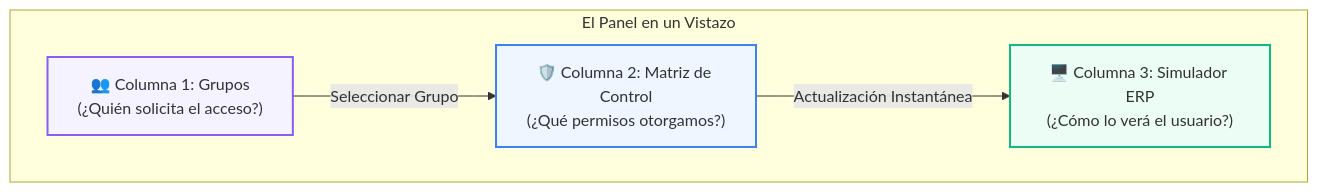
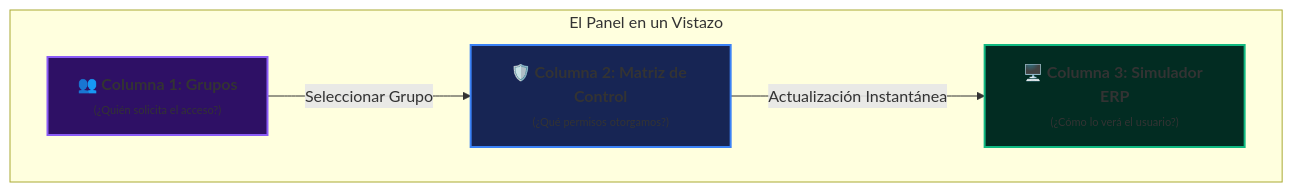
The first of 2 diagrams in data/1. Principales/Diagramas/002_SPA_Modulos_Permisos.md (arturomiranda/ds-qs), drawn with Mermaid before and after one commit.

Commit message:
correccion de colores del el diagrama

````diff
--- a/data/1. Principales/Diagramas/002_SPA_Modulos_Permisos.md
+++ b/data/1. Principales/Diagramas/002_SPA_Modulos_Permisos.md
@@ -28,15 +28,15 @@
 ```mermaid
 graph TD
     subgraph "El Panel en un Vistazo"
-        Col1["👥 Columna 1: Grupos<br/>(¿Quién solicita el acceso?)"]
-        Col2["🛡️ Columna 2: Matriz de Control<br/>(¿Qué permisos otorgamos?)"]
-        Col3["🖥️ Columna 3: Simulador ERP<br/>(¿Cómo lo verá el usuario?)"]
+        Col1["<span style='font-weight:bold;'>👥 Columna 1: Grupos</span><br/><span style='color:#c4b5fd;font-size:11px;'>(¿Quién solicita el acceso?)</span>"]
+        Col2["<span style='font-weight:bold;'>🛡️ Columna 2: Matriz de Control</span><br/><span style='color:#93c5fd;font-size:11px;'>(¿Qué permisos otorgamos?)</span>"]
+        Col3["<span style='font-weight:bold;'>🖥️ Columna 3: Simulador ERP</span><br/><span style='color:#6ee7b7;font-size:11px;'>(¿Cómo lo verá el usuario?)</span>"]
 
         Col1 -->|Seleccionar Grupo| Col2
         Col2 -->|Actualización Instantánea| Col3
     end
 
-    style Col1 fill:#f5f3ff,stroke:#8b5cf6,stroke-width:2px
-    style Col2 fill:#eff6ff,stroke:#3b82f6,stroke-width:2px
-    style Col3 fill:#ecfdf5,stroke:#10b981,stroke-width:2px
+    style Col1 fill:#2e1065,stroke:#8b5cf6,stroke-width:2px,color:#ffffff
+    style Col2 fill:#172554,stroke:#3b82f6,stroke-width:2px,color:#ffffff
+    style Col3 fill:#022c22,stroke:#10b981,stroke-width:2px,color:#ffffff
 ```
````
